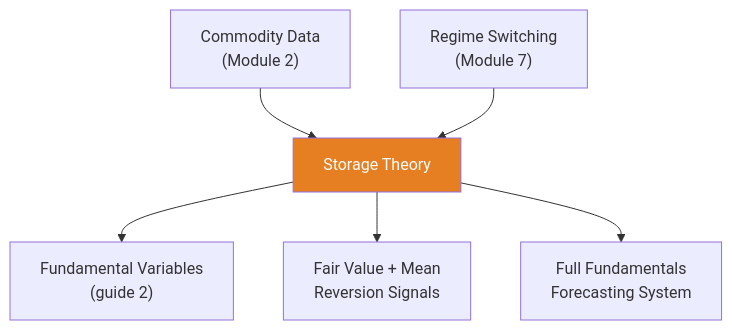
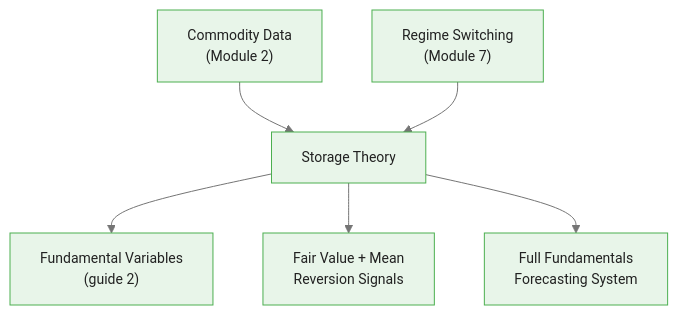
Before and after one commit to m-deane/course-creator: the third of 3 diagrams in courses/bayesian-commodity-forecasting/modules/module_08_fundamentals_integration/guides/01_storage_theory_slides.md, drawn with Mermaid. The commit also changed other lines of this file and 104 other files, not shown here.

````diff
--- a/courses/bayesian-commodity-forecasting/modules/module_08_fundamentals_integration/guides/01_storage_theory_slides.md
+++ b/courses/bayesian-commodity-forecasting/modules/module_08_fundamentals_integration/guides/01_storage_theory_slides.md
@@ -230,9 +244,9 @@
 ```mermaid
+%%{init: {"theme": "base", "themeVariables": {"primaryColor": "#e8f5e9", "primaryBorderColor": "#4caf50", "primaryTextColor": "#212121", "secondaryColor": "#e3f2fd", "tertiaryColor": "#fff8e1", "lineColor": "#757575", "fontFamily": "Inter, sans-serif", "fontSize": "14px"}}}%%
 flowchart TD
     CD["Commodity Data\n(Module 2)"] --> ST["Storage Theory"]
     RS["Regime Switching\n(Module 7)"] --> ST
     ST --> FV["Fundamental Variables\n(guide 2)"]
     ST --> TRADE["Fair Value + Mean\nReversion Signals"]
     ST --> CAP["Full Fundamentals\nForecasting System"]
-    style ST fill:#e67e22,color:#fff
 ```
````
